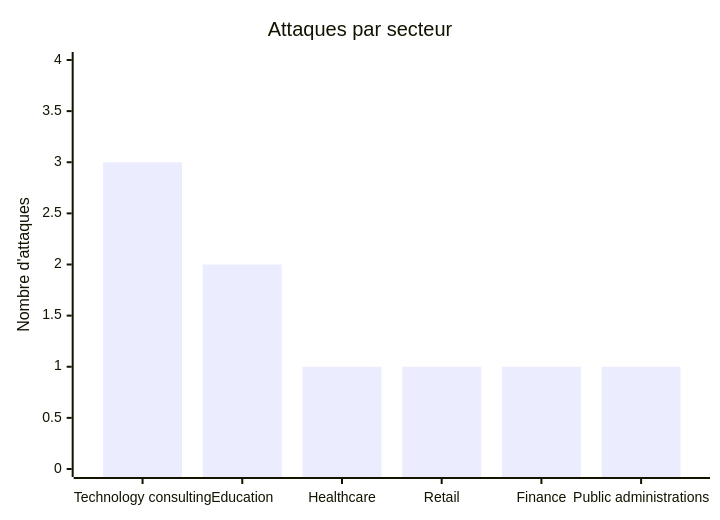
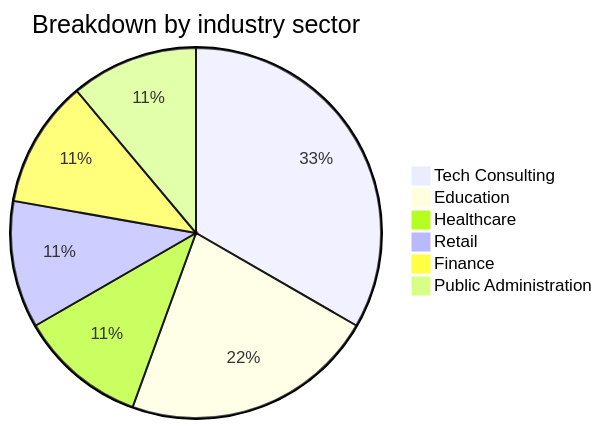
Before and after one commit to Hatchepsoute/AFRINTEL: the second of 5 diagrams in reports/2025/03-march/README.md, drawn with Mermaid. The commit also changed other lines of this file and 7 other files, not shown here.

````diff
--- a/reports/2025/03-march/README.md
+++ b/reports/2025/03-march/README.md
@@ -54,7 +54,9 @@
 ```mermaid
-xychart-beta
-    title "Attaques par secteur"
-    x-axis ["Technology consulting", "Education", "Healthcare", "Retail", "Finance", "Public administrations"]
-    y-axis "Nombre d'attaques" 0 --> 4
-    bar [3, 2, 1, 1, 1, 1]
+pie title Breakdown by industry sector
+    "Tech Consulting" : 3
+    "Education" : 2
+    "Healthcare" : 1
+    "Retail" : 1
+    "Finance" : 1
+    "Public Administration" : 1
 ```
````
